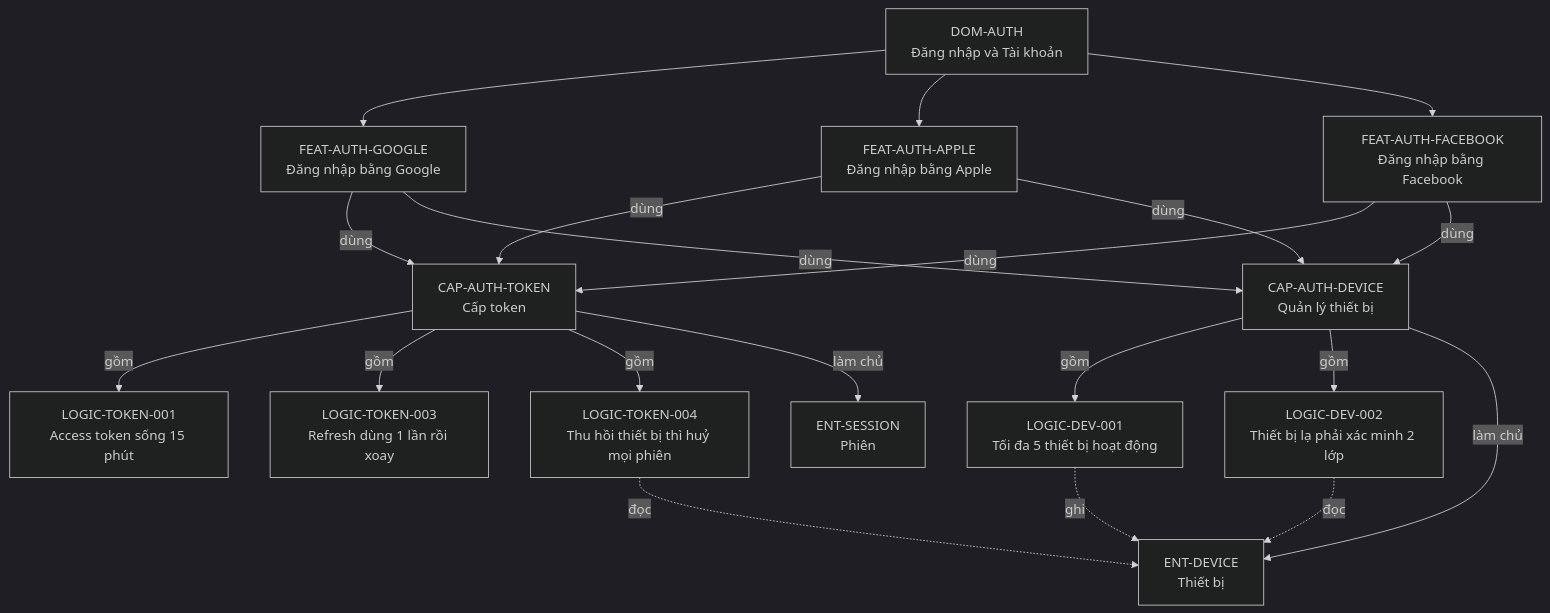
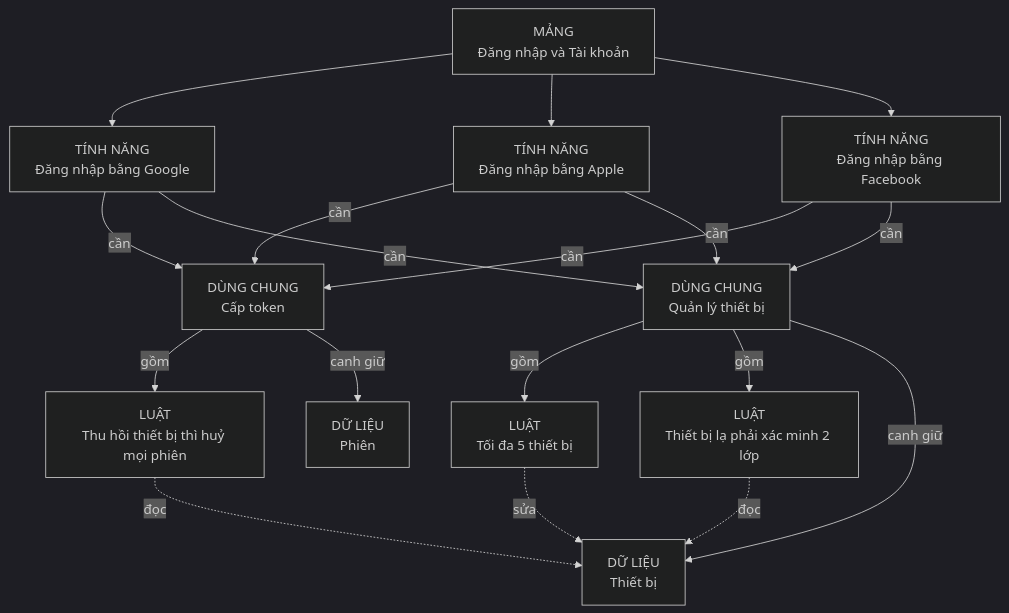
Before and after one commit to Kynderis/kendrick-ai-tools: the third of 6 diagrams in answer.md, drawn with Mermaid (dark theme). The commit also changed other lines of this file and 1 other file, not shown here.

````diff
--- a/answer.md
+++ b/answer.md
@@ -102,30 +141,21 @@
 ```mermaid
 flowchart TD
-    DOM["DOM-AUTH<br/>Đăng nhập và Tài khoản"]
-
-    DOM --> F1["FEAT-AUTH-GOOGLE<br/>Đăng nhập bằng Google"]
-    DOM --> F2["FEAT-AUTH-APPLE<br/>Đăng nhập bằng Apple"]
-    DOM --> F3["FEAT-AUTH-FACEBOOK<br/>Đăng nhập bằng Facebook"]
-
-    F1 -->|"dùng"| C1["CAP-AUTH-TOKEN<br/>Cấp token"]
-    F2 -->|"dùng"| C1
-    F3 -->|"dùng"| C1
-
-    F1 -->|"dùng"| C2["CAP-AUTH-DEVICE<br/>Quản lý thiết bị"]
-    F2 -->|"dùng"| C2
-    F3 -->|"dùng"| C2
-
-    C1 -->|"gồm"| L1["LOGIC-TOKEN-001<br/>Access token sống 15 phút"]
-    C1 -->|"gồm"| L3["LOGIC-TOKEN-003<br/>Refresh dùng 1 lần rồi xoay"]
-    C1 -->|"gồm"| L4["LOGIC-TOKEN-004<br/>Thu hồi thiết bị thì huỷ mọi phiên"]
-
-    C2 -->|"gồm"| L5["LOGIC-DEV-001<br/>Tối đa 5 thiết bị hoạt động"]
-    C2 -->|"gồm"| L6["LOGIC-DEV-002<br/>Thiết bị lạ phải xác minh 2 lớp"]
-
-    C1 -->|"làm chủ"| E1["ENT-SESSION<br/>Phiên"]
-    C2 -->|"làm chủ"| E2["ENT-DEVICE<br/>Thiết bị"]
-
+    DOM["MẢNG<br/>Đăng nhập và Tài khoản"]
+    DOM --> F1["TÍNH NĂNG<br/>Đăng nhập bằng Google"]
+    DOM --> F2["TÍNH NĂNG<br/>Đăng nhập bằng Apple"]
+    DOM --> F3["TÍNH NĂNG<br/>Đăng nhập bằng Facebook"]
+    F1 -->|"cần"| C1["DÙNG CHUNG<br/>Cấp token"]
+    F2 -->|"cần"| C1
+    F3 -->|"cần"| C1
+    F1 -->|"cần"| C2["DÙNG CHUNG<br/>Quản lý thiết bị"]
+    F2 -->|"cần"| C2
+    F3 -->|"cần"| C2
+    C1 -->|"gồm"| L4["LUẬT<br/>Thu hồi thiết bị thì huỷ mọi phiên"]
+    C2 -->|"gồm"| L5["LUẬT<br/>Tối đa 5 thiết bị"]
+    C2 -->|"gồm"| L6["LUẬT<br/>Thiết bị lạ phải xác minh 2 lớp"]
+    C1 -->|"canh giữ"| E1["DỮ LIỆU<br/>Phiên"]
+    C2 -->|"canh giữ"| E2["DỮ LIỆU<br/>Thiết bị"]
     L4 -.->|"đọc"| E2
-    L5 -.->|"ghi"| E2
+    L5 -.->|"sửa"| E2
     L6 -.->|"đọc"| E2
 ```
````
